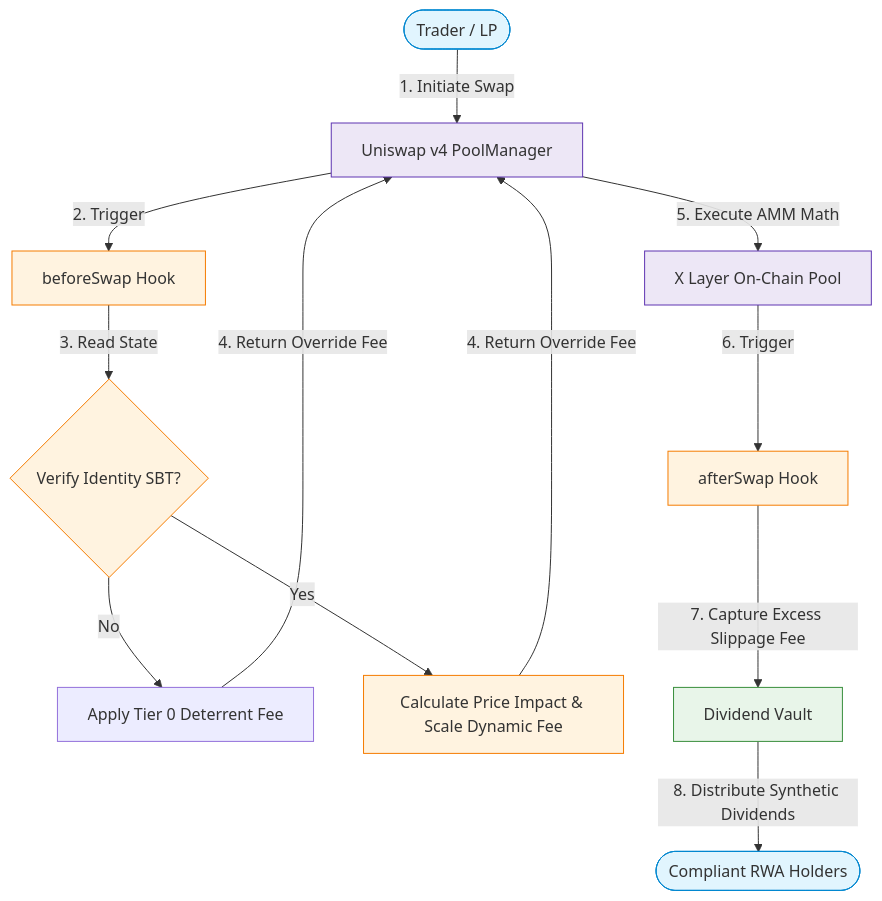
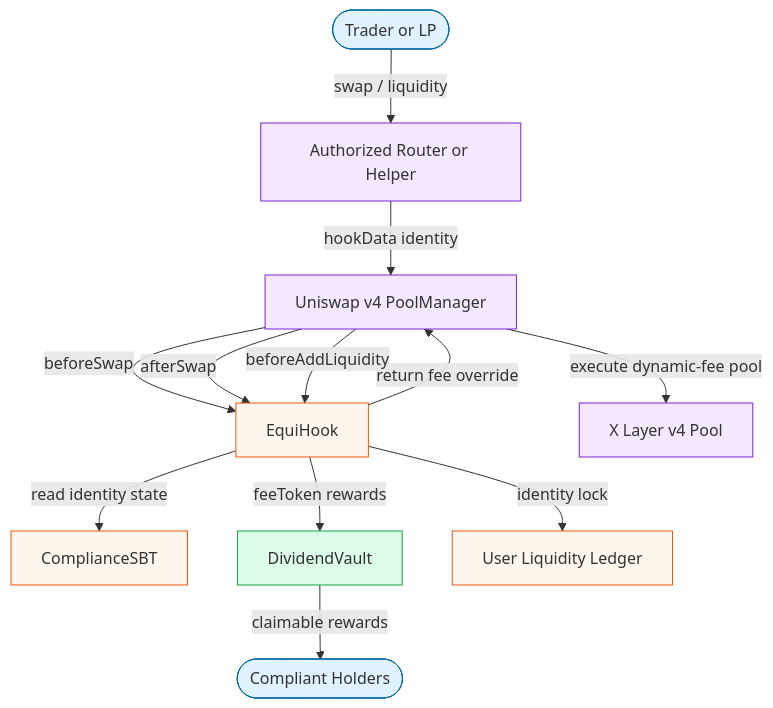
The diagram in README.md (deerweek/EquiHook), drawn with Mermaid before and after one commit. The commit also changed other lines of this file, not shown here.

````diff
--- a/README.md
+++ b/README.md
@@ -11,27 +70,27 @@
 ```mermaid
 graph TD
-    User([Trader / LP]) -->|1. Initiate Swap| PM[Uniswap v4 PoolManager]
+    User([Trader or LP]) -->|swap / liquidity| Router[Authorized Router or Helper]
+    Router -->|hookData identity| PM[Uniswap v4 PoolManager]
 
-    PM -->|2. Trigger| BS[beforeSwap Hook]
-    BS -->|3. Read State| SBT{Verify Identity SBT?}
-    SBT -->|No| Tier0[Apply Tier 0 Deterrent Fee]
-    SBT -->|Yes| Calc[Calculate Price Impact & Scale Dynamic Fee]
-    Tier0 -->|4. Return Override Fee| PM
-    Calc -->|4. Return Override Fee| PM
+    PM -->|beforeSwap| Hook[EquiHook]
+    Hook -->|read identity state| SBT[ComplianceSBT]
+    Hook -->|return fee override| PM
 
-    PM -->|5. Execute AMM Math| Pool[X Layer On-Chain Pool]
+    PM -->|execute dynamic-fee pool| Pool[X Layer v4 Pool]
+    PM -->|afterSwap| Hook
+    Hook -->|feeToken rewards| Vault[DividendVault]
+    Vault -->|claimable rewards| Holder([Compliant Holders])
 
-    Pool -->|6. Trigger| AS[afterSwap Hook]
-    AS -->|7. Capture Excess Slippage Fee| Vault[Dividend Vault]
-    Vault -->|8. Distribute Synthetic Dividends| HODLer([Compliant RWA Holders])
+    PM -->|beforeAddLiquidity| Hook
+    Hook -->|identity lock| Ledger[User Liquidity Ledger]
 
-    classDef user fill:#E1F5FE,stroke:#0288D1;
-    classDef core fill:#EDE7F6,stroke:#5E35B1;
-    classDef hook fill:#FFF3E0,stroke:#F57C00;
-    classDef vault fill:#E8F5E9,stroke:#388E3C;
+    classDef user fill:#e0f2fe,stroke:#0369a1;
+    classDef core fill:#f3e8ff,stroke:#7e22ce;
+    classDef hook fill:#fff7ed,stroke:#ea580c;
+    classDef vault fill:#dcfce7,stroke:#16a34a;
 
-    class User,HODLer user;
-    class PM,Pool core;
-    class BS,AS,Calc,SBT hook;
+    class User,Holder user;
+    class Router,PM,Pool core;
+    class Hook,SBT,Ledger hook;
     class Vault vault;
 ```
````
